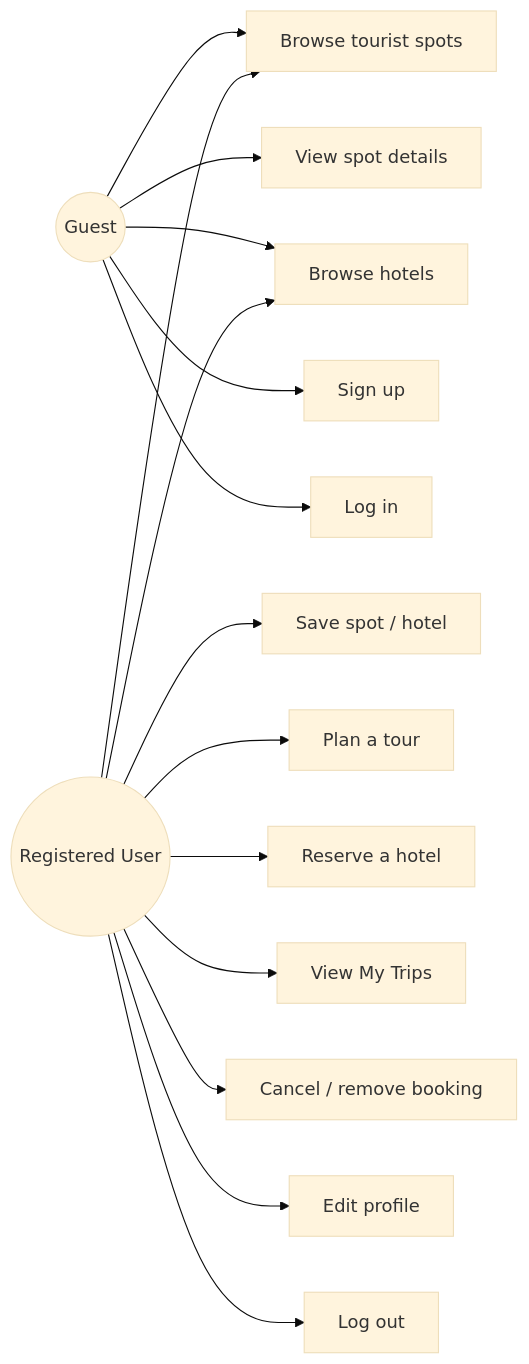
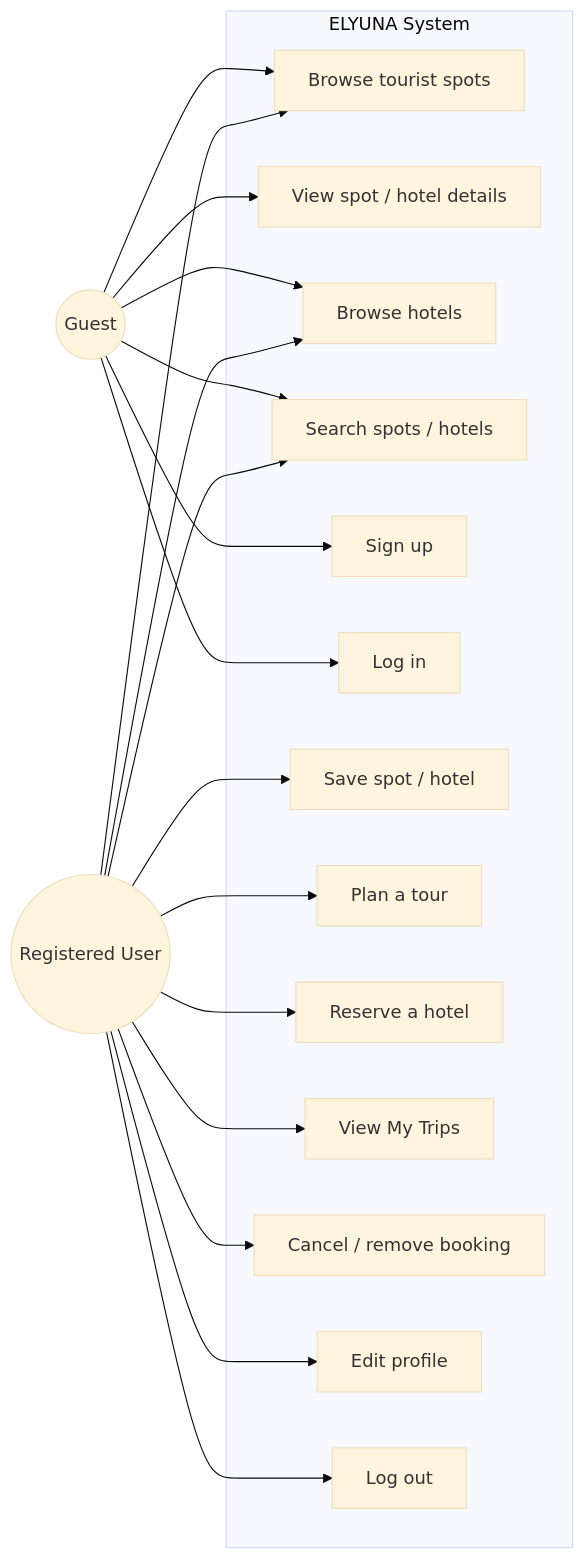
One commit to andrei13spot/elyuna changed the first of 2 diagrams in DOCUMENTATION.md. Above: the diagram before and after it, drawn with Mermaid (base theme). The commit also changed other lines of this file and 8 other files, not shown here.

Commit message:
Add real-time search to spots/hotels, document pdo_mysql setup, enhance use-case diagram

````diff
--- a/DOCUMENTATION.md
+++ b/DOCUMENTATION.md
@@ -77,21 +77,39 @@
 ```mermaid
 graph LR
   Guest((Guest))
   User((Registered User))
 
-  Guest --> UC1[Browse tourist spots]
-  Guest --> UC2[View spot details]
-  Guest --> UC3[Browse hotels]
-  Guest --> UC4[Sign up]
-  Guest --> UC5[Log in]
+  subgraph ELYUNA["ELYUNA System"]
+    UC1[Browse tourist spots]
+    UC2[View spot / hotel details]
+    UC3[Browse hotels]
+    UC13[Search spots / hotels]
+    UC4[Sign up]
+    UC5[Log in]
+    UC6[Save spot / hotel]
+    UC7[Plan a tour]
+    UC8[Reserve a hotel]
+    UC9[View My Trips]
+    UC10[Cancel / remove booking]
+    UC11[Edit profile]
+    UC12[Log out]
+  end
+
+  Guest --> UC1
+  Guest --> UC2
+  Guest --> UC3
+  Guest --> UC13
+  Guest --> UC4
+  Guest --> UC5
 
   User --> UC1
   User --> UC3
-  User --> UC6[Save spot / hotel]
-  User --> UC7[Plan a tour]
-  User --> UC8[Reserve a hotel]
-  User --> UC9[View My Trips]
-  User --> UC10[Cancel / remove booking]
-  User --> UC11[Edit profile]
-  User --> UC12[Log out]
+  User --> UC13
+  User --> UC6
+  User --> UC7
+  User --> UC8
+  User --> UC9
+  User --> UC10
+  User --> UC11
+  User --> UC12
 ```
````
